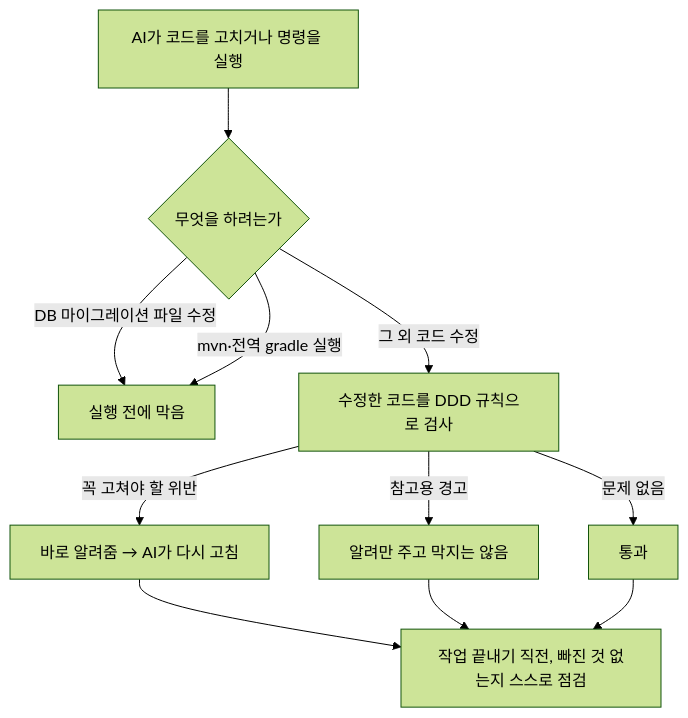
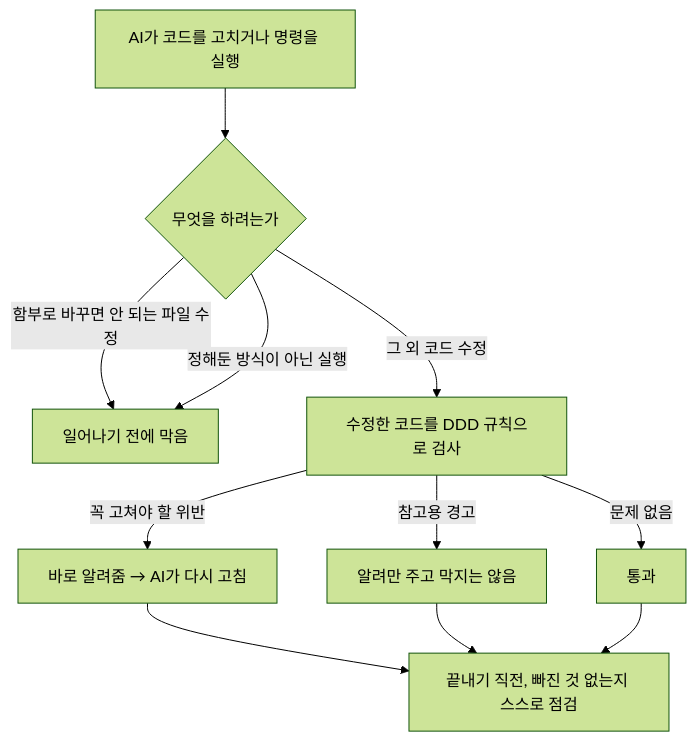
Before and after one commit to HongJungWan/opinionated-harness-template: the fourth of 7 diagrams in README.md, drawn with Mermaid (forest theme). The commit also changed other lines of this file, not shown here.

````diff
--- a/README.md
+++ b/README.md
@@ -139,13 +121,13 @@
 ```mermaid
 flowchart TD
     A["AI가 코드를 고치거나 명령을 실행"] --> B{"무엇을 하려는가"}
-    B -->|"DB 마이그레이션 파일 수정"| C["실행 전에 막음"]
-    B -->|"mvn·전역 gradle 실행"| C
+    B -->|"함부로 바꾸면 안 되는 파일 수정"| C["일어나기 전에 막음"]
+    B -->|"정해둔 방식이 아닌 실행"| C
     B -->|"그 외 코드 수정"| D["수정한 코드를 DDD 규칙으로 검사"]
     D -->|"꼭 고쳐야 할 위반"| E["바로 알려줌 → AI가 다시 고침"]
     D -->|"참고용 경고"| F["알려만 주고 막지는 않음"]
     D -->|"문제 없음"| G["통과"]
-    E --> H["작업 끝내기 직전, 빠진 것 없는지 스스로 점검"]
+    E --> H["끝내기 직전, 빠진 것 없는지 스스로 점검"]
     F --> H
     G --> H
 ```
````
